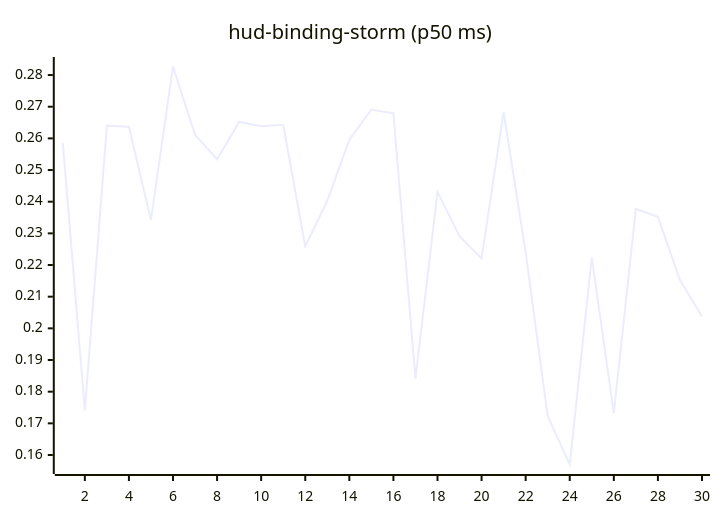
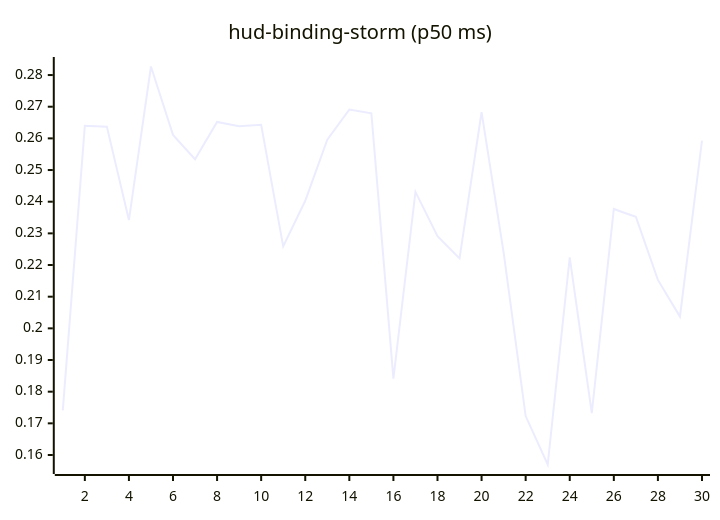
One commit to josha/Facet changed the tenth of 27 diagrams in README.md. Above: the diagram before and after it, drawn with Mermaid. The commit also changed other lines of this file and 2 other files, not shown here.

````diff
--- a/README.md
+++ b/README.md
@@ -126,6 +126,6 @@
 ```mermaid
 xychart-beta
     title "hud-binding-storm (p50 ms)"
     x-axis 1 --> 30
-    line [0.2586, 0.1741, 0.2640, 0.2637, 0.2342, 0.2827, 0.2611, 0.2534, 0.2652, 0.2638, 0.2643, 0.2259, 0.2403, 0.2596, 0.2691, 0.2679, 0.1841, 0.2431, 0.2291, 0.2221, 0.2683, 0.2240, 0.1723, 0.1570, 0.2224, 0.1732, 0.2377, 0.2352, 0.2153, 0.2037]
+    line [0.1741, 0.2640, 0.2637, 0.2342, 0.2827, 0.2611, 0.2534, 0.2652, 0.2638, 0.2643, 0.2259, 0.2403, 0.2596, 0.2691, 0.2679, 0.1841, 0.2431, 0.2291, 0.2221, 0.2683, 0.2240, 0.1723, 0.1570, 0.2224, 0.1732, 0.2377, 0.2352, 0.2153, 0.2037, 0.2593]
 ```
````
